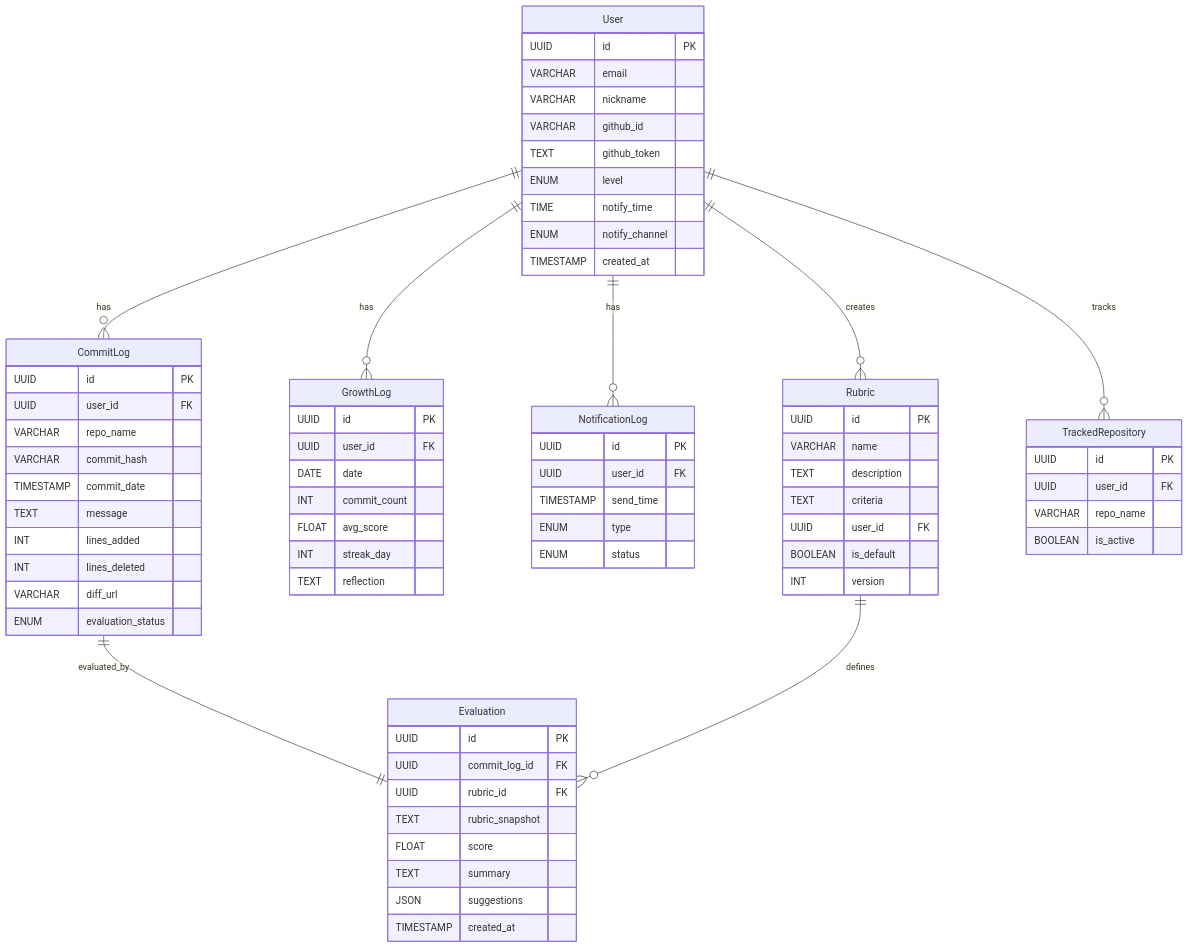
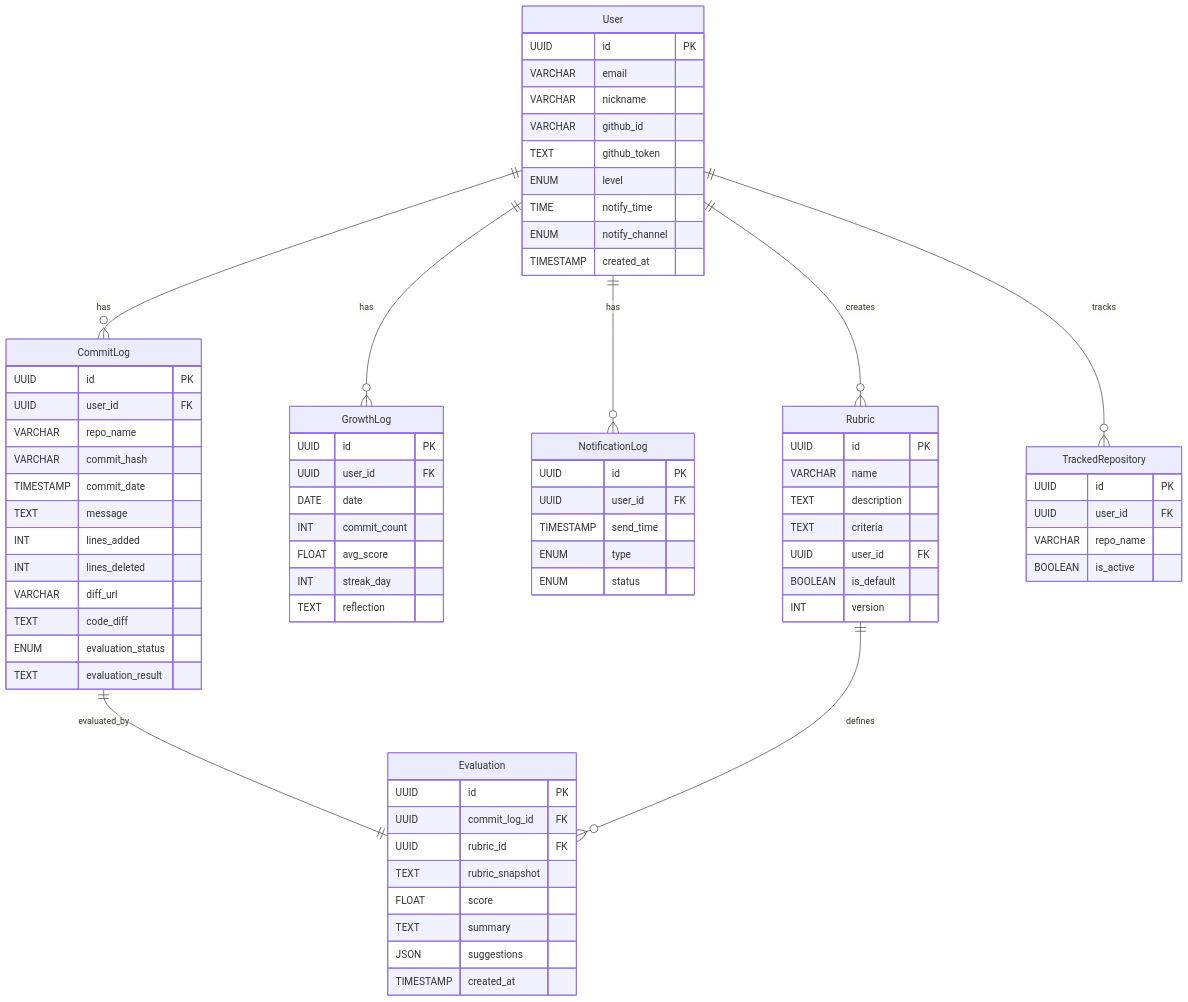
The diagram in README.md (do88y/dev-growth-server), drawn with Mermaid before and after one commit.

Commit message:
Docs: Update README ERD with new CommitLog fields

```diff
--- a/README.md
+++ b/README.md
@@ -73,7 +73,9 @@
     INT lines_added
     INT lines_deleted
     VARCHAR diff_url
+    TEXT code_diff
     ENUM evaluation_status
+    TEXT evaluation_result
   }
 
   Evaluation {
```
